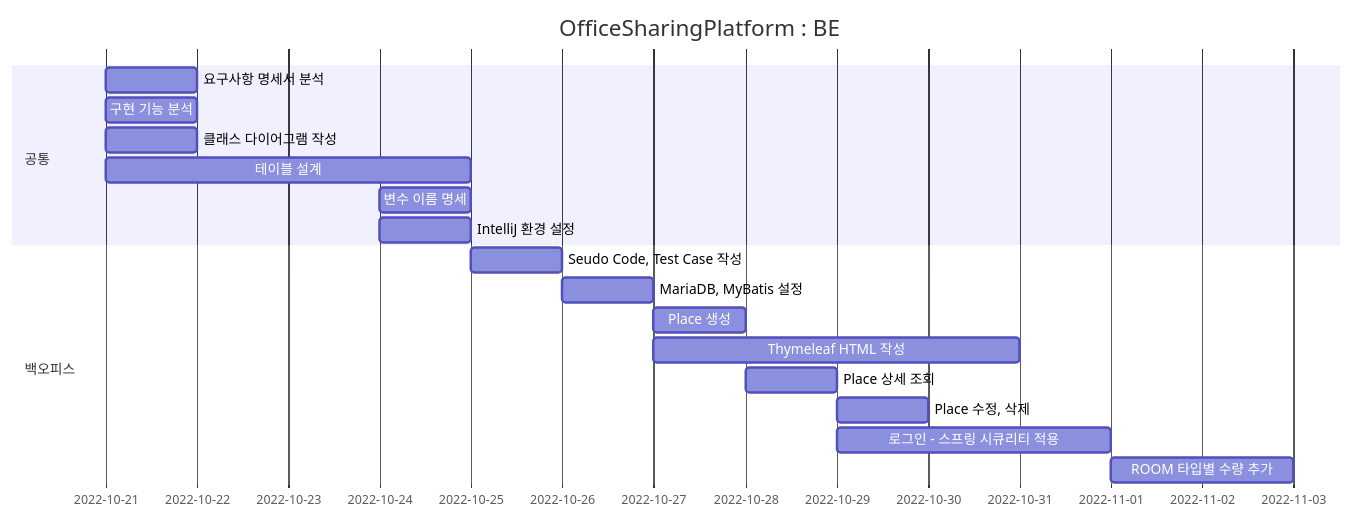
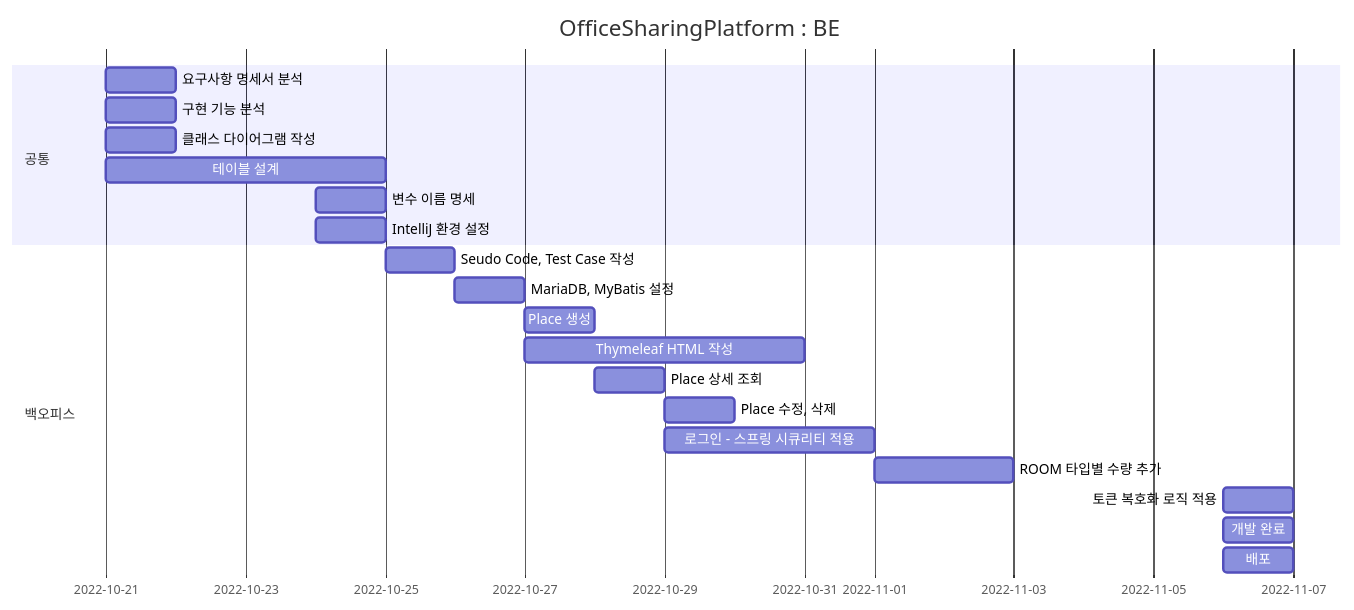
One commit to Hell-O-Demon-World/semi-OfficeSharingPlatform changed the diagram in README.md. Above: the diagram before and after it, drawn with Mermaid. The commit also changed 22 other files, not shown here.

````diff
--- a/README.md
+++ b/README.md
@@ -4,24 +4,26 @@
 ```mermaid
 gantt
 dateFormat MM-DD
 title OfficeSharingPlatform : BE
 
     section 공통
     요구사항 명세서 분석      :chap1, 10-21, 1d
     구현 기능 분석          :chap2, 10-21, 1d
     클래스 다이어그램 작성    :chap3, 10-21, 1d 
     테이블 설계            :chap4, 10-21, 4d
     변수 이름 명세          :chap5, 10-24, 1d
     IntelliJ 환경 설정     :chap6, 10-24, 1d
-
+    
     section 백오피스
     Seudo Code, Test Case 작성    :chap1, 10-25, 1d
     MariaDB, MyBatis 설정         :chap2, 10-26, 1d
     Place 생성                    :chap3, 10-27, 1d
     Thymeleaf HTML 작성           :chap4, 10-27, 4d
     Place 상세 조회                :chap5, 10-28, 1d
     Place 수정, 삭제               :chap6, 10-29, 1d
     로그인 - 스프링 시큐리티 적용       :chap7, 10-29, 3d
     ROOM 타입별 수량 추가            :chap8, 11-01, 2d
-    
+    토큰 복호화 로직 적용             :chap9, 11-06, 1d
+    개발 완료                      :chap10, 11-06, 1d
+    배포                          :chap11, 11-06, 1d
 ```
````
